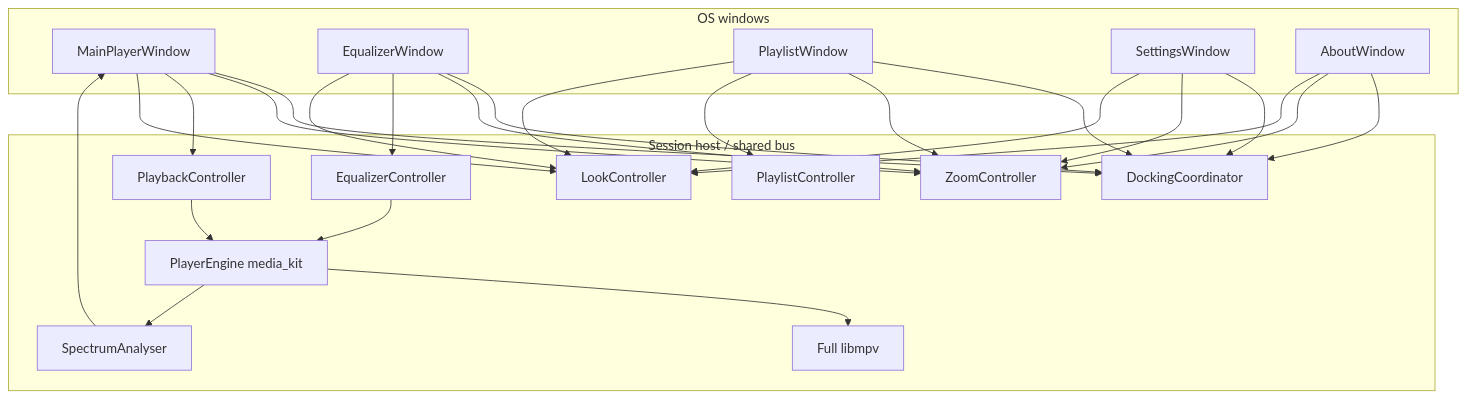
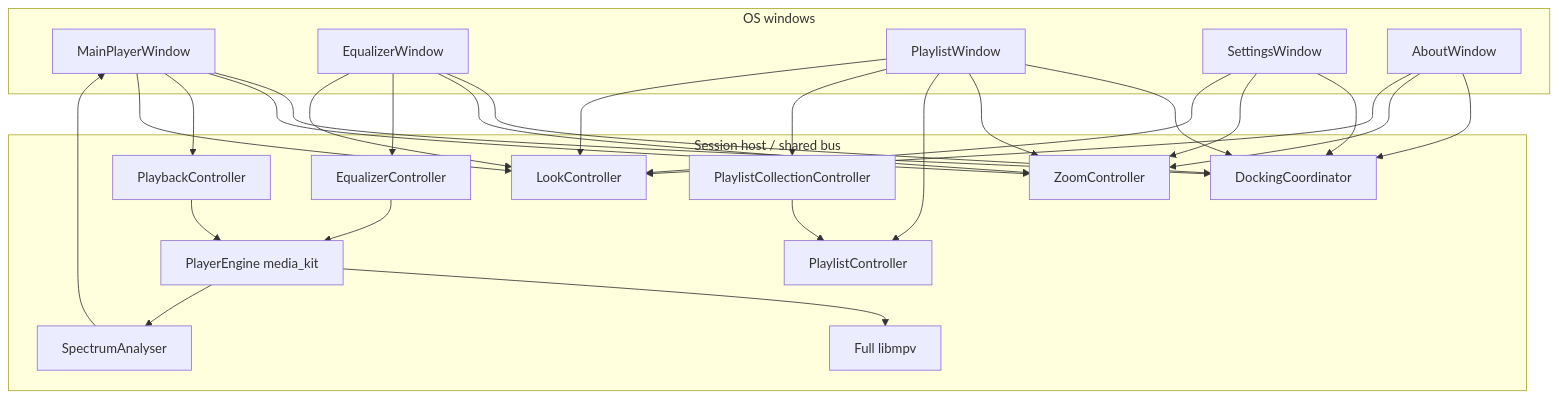
The diagram in docs/architecture.md (eliranbenishai/aoide), drawn with Mermaid before and after one commit. The commit also changed other lines of this file and 13 other files, not shown here.

````diff
--- a/docs/architecture.md
+++ b/docs/architecture.md
@@ -25,44 +25,47 @@
 ```mermaid
 flowchart TB
   subgraph windows [OS windows]
     Main[MainPlayerWindow]
     Eq[EqualizerWindow]
     Pl[PlaylistWindow]
     Set[SettingsWindow]
     About[AboutWindow]
   end
   subgraph session [Session host / shared bus]
     Dock[DockingCoordinator]
     Zoom[ZoomController]
     Play[PlaybackController]
     List[PlaylistController]
+    Coll[PlaylistCollectionController]
     EqCtl[EqualizerController]
     Look[LookController]
     Eng[PlayerEngine media_kit]
     Mpv[Full libmpv]
     Spec[SpectrumAnalyser]
   end
   Main --> Dock
   Eq --> Dock
   Pl --> Dock
   Set --> Dock
   About --> Dock
   Main --> Zoom
   Eq --> Zoom
   Pl --> Zoom
   Set --> Zoom
   About --> Zoom
   Main --> Play
   Pl --> List
+  Pl --> Coll
+  Coll --> List
   Eq --> EqCtl
   Main --> Look
   Eq --> Look
   Pl --> Look
   Set --> Look
   About --> Look
   Play --> Eng
   EqCtl --> Eng
   Eng --> Mpv
   Spec --> Main
   Eng --> Spec
 ```
````
